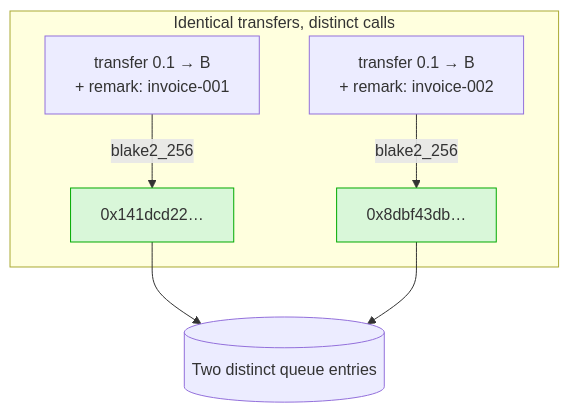
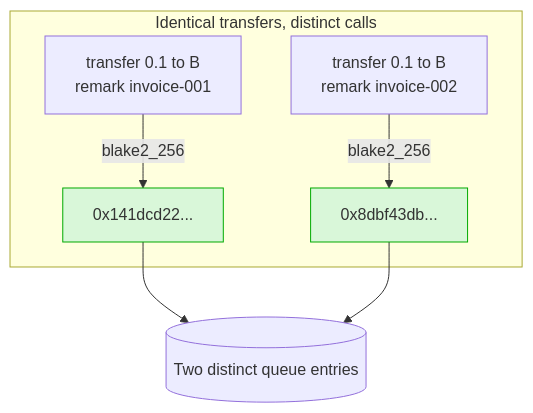
The seventh of 7 diagrams in POC/ARCHITECTURE.md (darwinsubramaniam/narada), drawn with Mermaid before and after one commit. The commit also changed other lines of this file, not shown here.

First line of the commit message:
POC: fix mermaid sequence diagrams for GitHub (drop ; and unicode arrows)

````diff
--- a/POC/ARCHITECTURE.md
+++ b/POC/ARCHITECTURE.md
@@ -262,11 +262,11 @@
 ```mermaid
 flowchart TB
     subgraph same["Identical transfers, distinct calls"]
-        T1["transfer 0.1 → B<br/>+ remark: invoice-001"] -->|blake2_256| H1["0x141dcd22…"]
-        T2["transfer 0.1 → B<br/>+ remark: invoice-002"] -->|blake2_256| H2["0x8dbf43db…"]
+        T1["transfer 0.1 to B<br/>remark invoice-001"] -->|blake2_256| H1["0x141dcd22..."]
+        T2["transfer 0.1 to B<br/>remark invoice-002"] -->|blake2_256| H2["0x8dbf43db..."]
     end
     H1 --> Q[("Two distinct queue entries")]
     H2 --> Q
     style H1 fill:#d9f7d9,stroke:#0a0
     style H2 fill:#d9f7d9,stroke:#0a0
 ```
````
